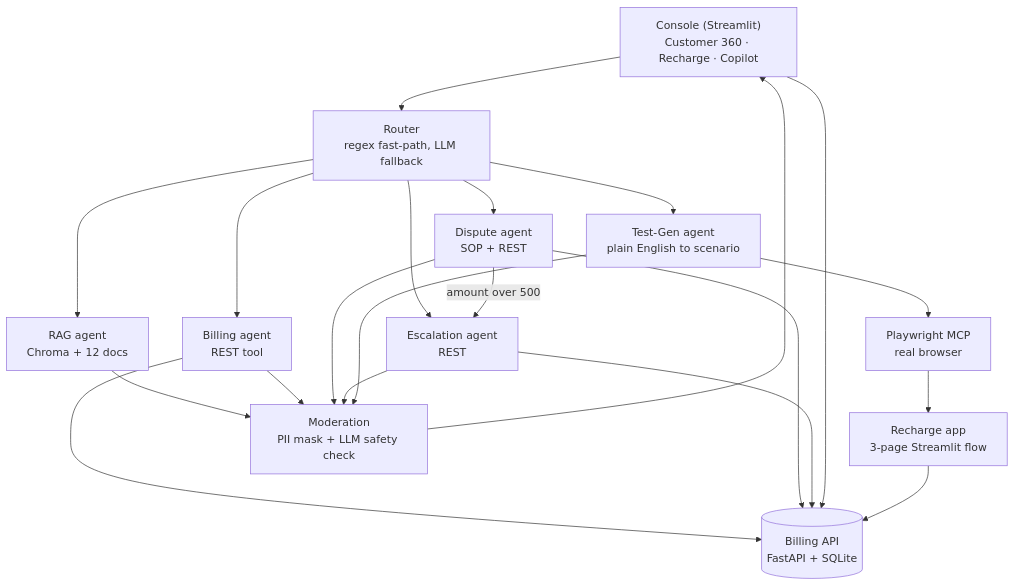
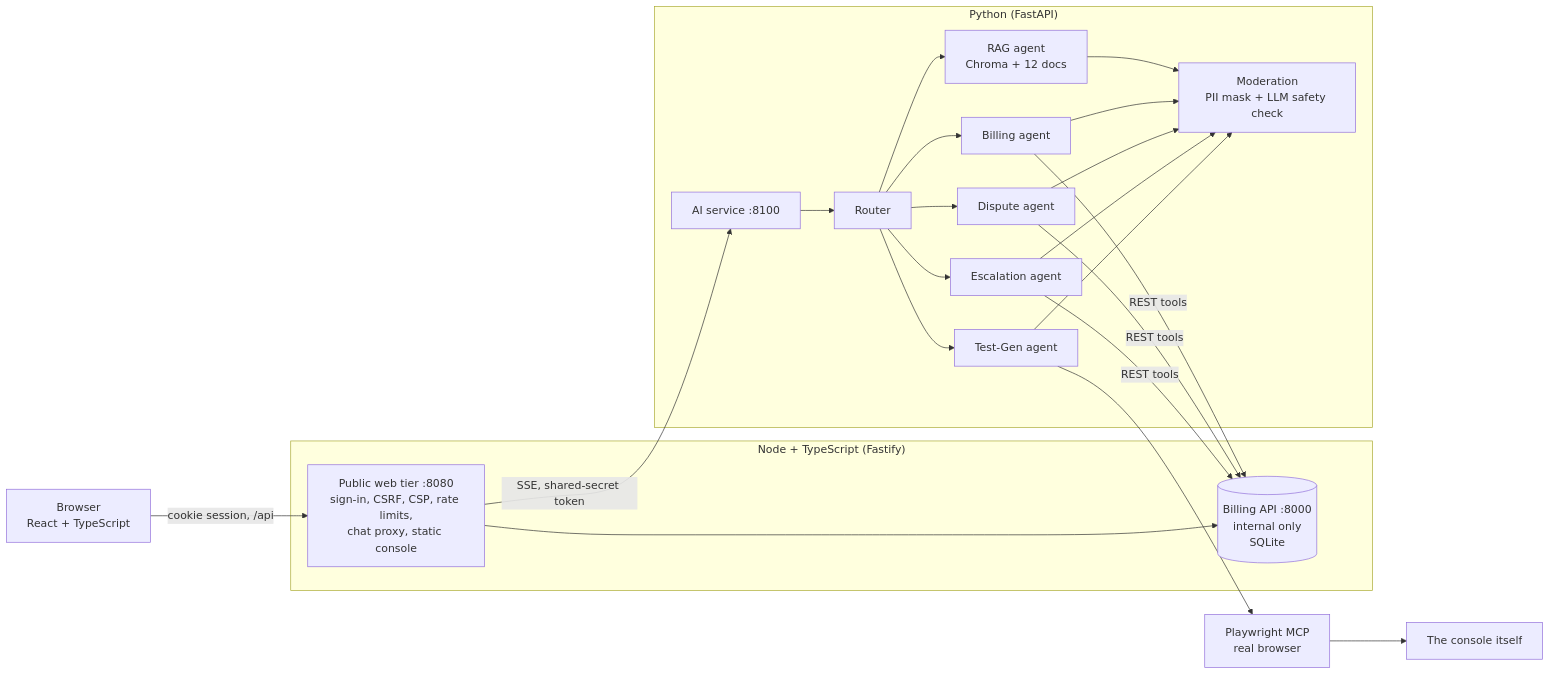
Before and after one commit to venkatesh46k/GenAI_projects: the diagram in README.md, drawn with Mermaid. The commit also changed other lines of this file and 54 other files, not shown here.

````diff
--- a/README.md
+++ b/README.md
@@ -51,16 +60,21 @@
 ```mermaid
-flowchart TD
-    UI["Console (Streamlit)<br/>Customer 360 · Recharge · Copilot"] --> R
-    R["Router<br/>regex fast-path, LLM fallback"] --> RAG["RAG agent<br/>Chroma + 12 docs"]
-    R --> BIL["Billing agent<br/>REST tool"]
-    R --> DIS["Dispute agent<br/>SOP + REST"]
-    R --> ESC["Escalation agent<br/>REST"]
-    R --> TG["Test-Gen agent<br/>plain English to scenario"]
-    DIS -->|"amount over 500"| ESC
-    TG --> MCP["Playwright MCP<br/>real browser"] --> RCH["Recharge app<br/>3-page Streamlit flow"]
-    RAG & BIL & DIS & ESC & TG --> MOD["Moderation<br/>PII mask + LLM safety check"]
-    MOD --> UI
-    BIL & DIS & ESC --> API[("Billing API<br/>FastAPI + SQLite")]
-    UI --> API
-    RCH --> API
+flowchart LR
+    B["Browser<br/>React + TypeScript"] -->|"cookie session, /api"| W
+    subgraph Node["Node + TypeScript (Fastify)"]
+        W["Public web tier :8080<br/>sign-in, CSRF, CSP, rate limits,<br/>chat proxy, static console"]
+        BA[("Billing API :8000<br/>internal only<br/>SQLite")]
+        W --> BA
+    end
+    W -->|"SSE, shared-secret token"| AI
+    subgraph Py["Python (FastAPI)"]
+        AI["AI service :8100"] --> R["Router"]
+        R --> RAG["RAG agent<br/>Chroma + 12 docs"]
+        R --> BIL["Billing agent"]
+        R --> DIS["Dispute agent"]
+        R --> ESC["Escalation agent"]
+        R --> TG["Test-Gen agent"]
+        RAG & BIL & DIS & ESC & TG --> MOD["Moderation<br/>PII mask + LLM safety check"]
+    end
+    BIL & DIS & ESC -->|"REST tools"| BA
+    TG --> MCP["Playwright MCP<br/>real browser"] --> B2["The console itself"]
 ```
````
